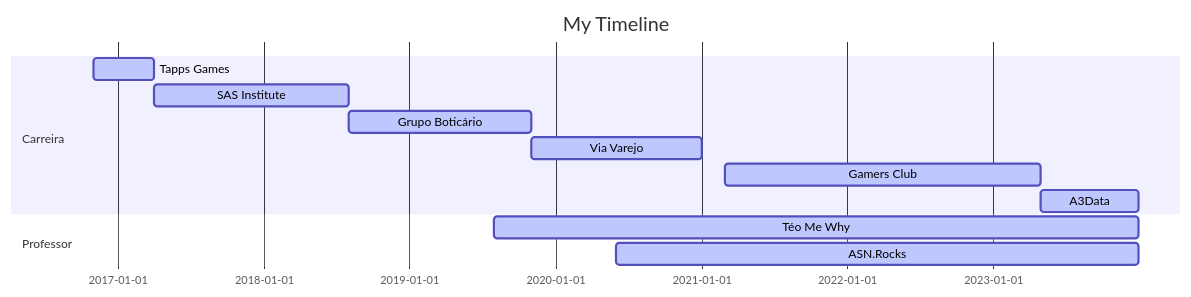
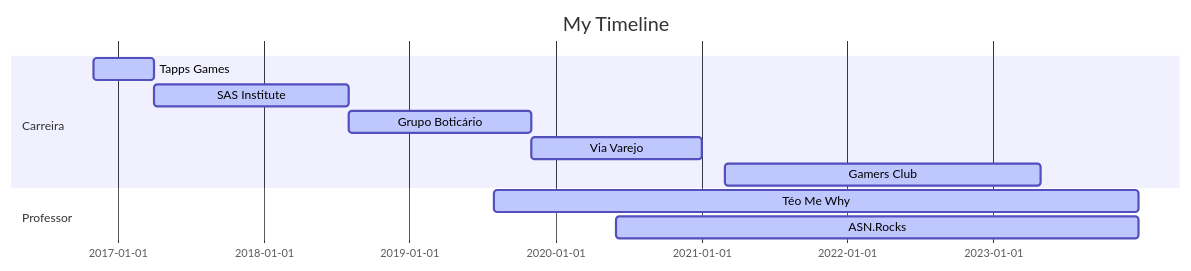
Before and after one commit to TeoCalvo/TeoCalvo: the diagram in README.md, drawn with Mermaid.

````diff
--- a/README.md
+++ b/README.md
@@ -6,18 +6,17 @@
 ```mermaid
 
 gantt
 dateFormat  YYYY-MM-DD
 title My Timeline
 
 section Carreira
 Tapps Games           :active,, 2016-11-01,2017-04-01
 SAS Institute         :active,, 2017-04-01,2018-08-01
 Grupo Boticário       :active,, 2018-08-01,2019-11-01
 Via Varejo            :active,, 2019-11-01,2021-01-01
 Gamers Club           :active,, 2021-03-01,2023-05-01
-A3Data                :active,, 2023-05-01,2023-12-31
 
 section Professor
 Téo Me Why            :active,, 2019-08-01,2023-12-31
 ASN.Rocks             :active,, 2020-06-01,2023-12-31
 ```
````
